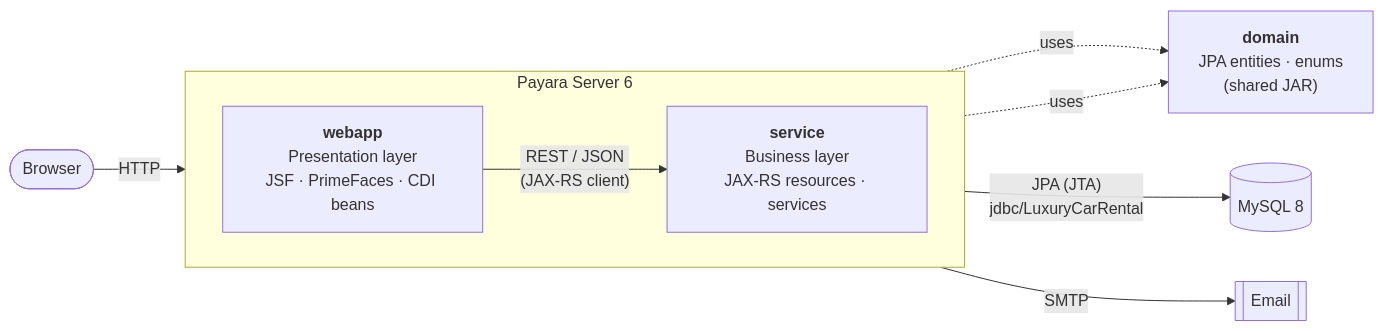
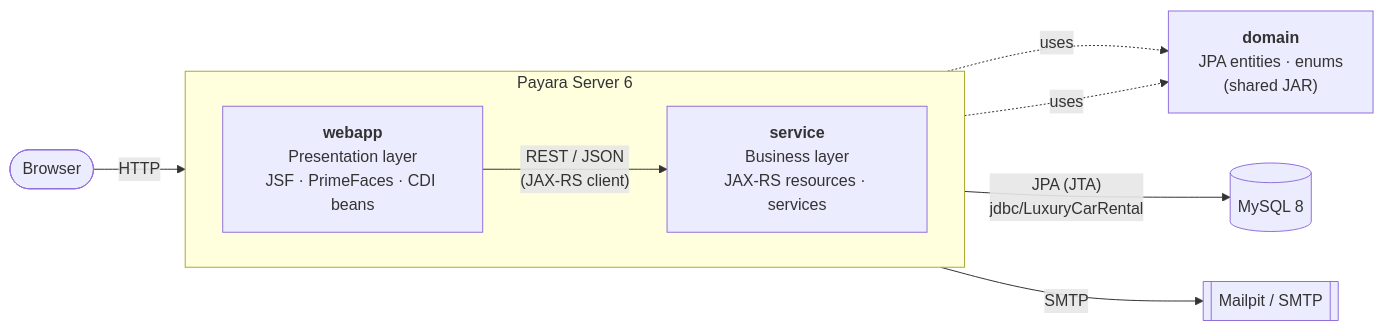
One commit to embarky/LuxuryCarRental changed the first of 2 diagrams in README.md. Above: the diagram before and after it, drawn with Mermaid. The commit also changed other lines of this file and 8 other files, not shown here.

````diff
--- a/README.md
+++ b/README.md
@@ -33,17 +33,17 @@
 ```mermaid
 flowchart LR
     U([Browser]) -->|HTTP| W
 
     subgraph Payara["Payara Server 6"]
         direction LR
         W["<b>webapp</b><br/>Presentation layer<br/>JSF · PrimeFaces · CDI beans"]
         S["<b>service</b><br/>Business layer<br/>JAX-RS resources · services"]
         W -->|"REST / JSON<br/>(JAX-RS client)"| S
     end
 
     D["<b>domain</b><br/>JPA entities · enums<br/>(shared JAR)"]
     W -. uses .-> D
     S -. uses .-> D
     S -->|"JPA (JTA)<br/>jdbc/LuxuryCarRental"| DB[(MySQL 8)]
-    S -->|SMTP| M[[Email]]
+    S -->|SMTP| M[[Mailpit / SMTP]]
 ```
````
